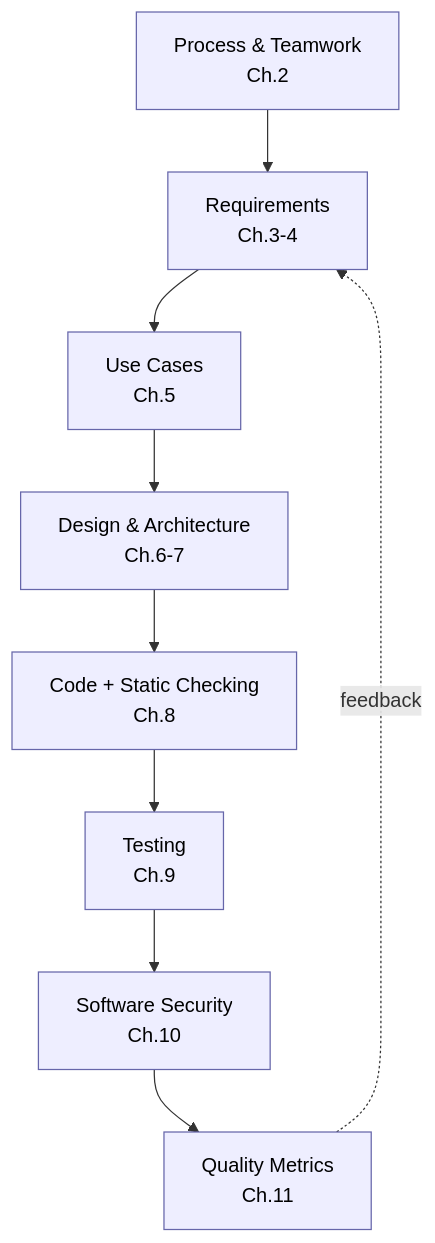
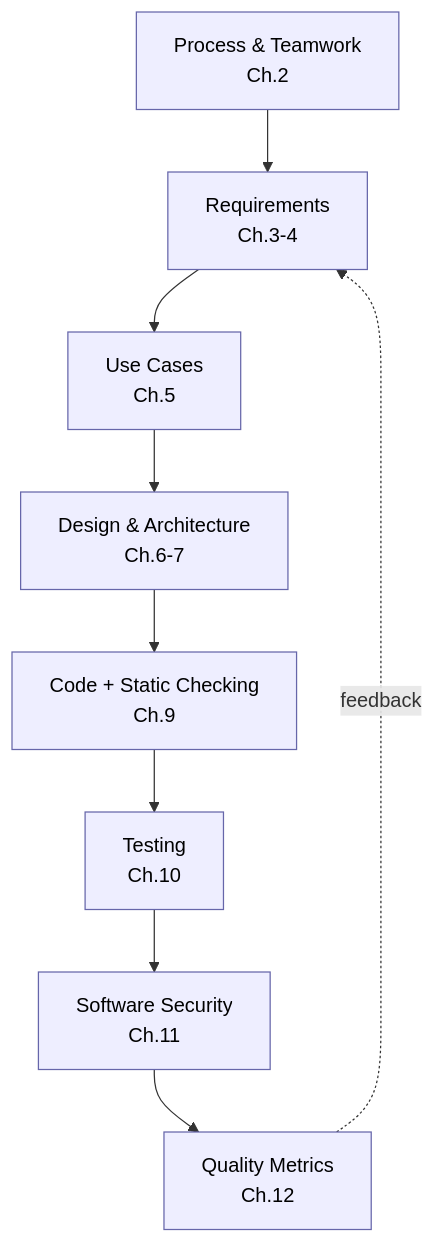
Before and after one commit to tghastings/open-swe-book: the second of 2 diagrams in chapters/13-ai-across-the-lifecycle/README.md, drawn with Mermaid. The commit also changed other lines of this file and 25 other files, not shown here.

````diff
--- a/chapters/13-ai-across-the-lifecycle/README.md
+++ b/chapters/13-ai-across-the-lifecycle/README.md
@@ -96,13 +96,13 @@
 ```mermaid
 flowchart TD
     P[Process &amp; Teamwork<br/>Ch.2] --> R[Requirements<br/>Ch.3-4]
     R --> U[Use Cases<br/>Ch.5]
     U --> D[Design &amp; Architecture<br/>Ch.6-7]
-    D --> C[Code + Static Checking<br/>Ch.8]
-    C --> T[Testing<br/>Ch.9]
-    T --> S[Software Security<br/>Ch.10]
-    S --> M[Quality Metrics<br/>Ch.11]
+    D --> C[Code + Static Checking<br/>Ch.9]
+    C --> T[Testing<br/>Ch.10]
+    T --> S[Software Security<br/>Ch.11]
+    S --> M[Quality Metrics<br/>Ch.12]
     M -.feedback.-> R
     classDef ai fill:#eef,stroke:#66a,color:#000;
     class P,R,U,D,C,T,S,M ai;
 ```
````
